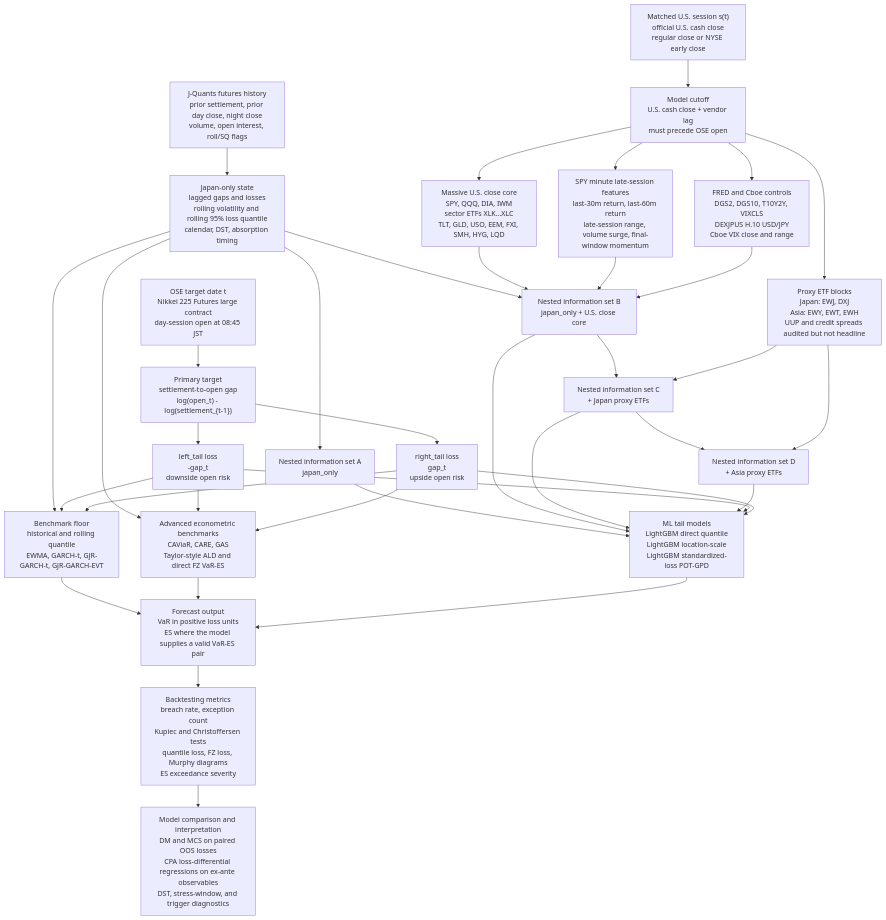
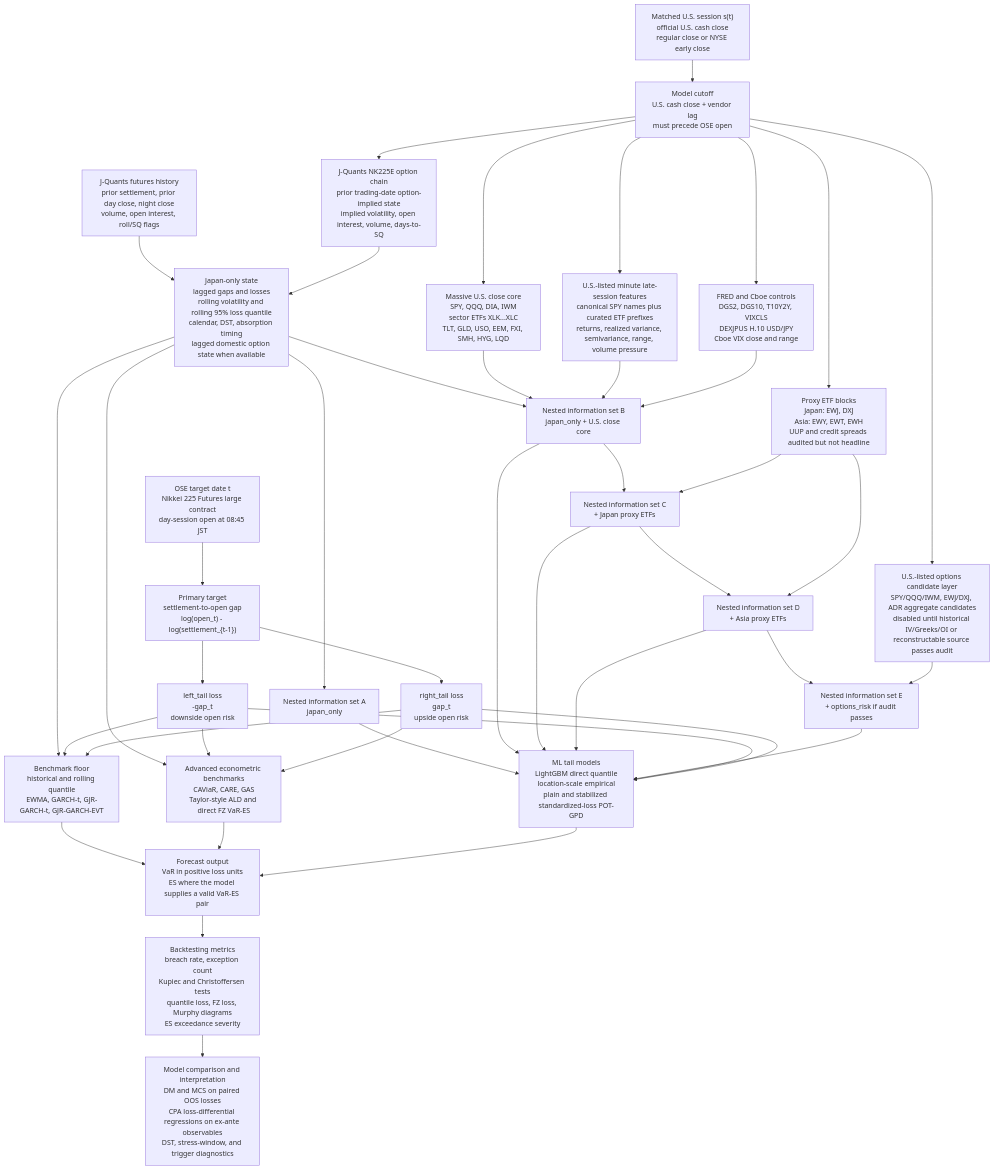
One commit to TY-Cheng/n225-open-gap-tail changed the diagram in docs/paper_plan.md. Above: the diagram before and after it, drawn with Mermaid. The commit also changed other lines of this file and 44 other files, not shown here.

````diff
--- a/docs/paper_plan.md
+++ b/docs/paper_plan.md
@@ -57,67 +57,76 @@
 ```mermaid
 flowchart TD
     T["OSE target date t<br/>Nikkei 225 Futures large contract<br/>day-session open at 08:45 JST"]
     C["Matched U.S. session s(t)<br/>official U.S. cash close<br/>regular close or NYSE early close"]
     Cutoff["Model cutoff<br/>U.S. cash close + vendor lag<br/>must precede OSE open"]
 
     JQ["J-Quants futures history<br/>prior settlement, prior day close, night close<br/>volume, open interest, roll/SQ flags"]
-    JP["Japan-only state<br/>lagged gaps and losses<br/>rolling volatility and rolling 95% loss quantile<br/>calendar, DST, absorption timing"]
+    JQOpt["J-Quants NK225E option chain<br/>prior trading-date option-implied state<br/>implied volatility, open interest, volume, days-to-SQ"]
+    JP["Japan-only state<br/>lagged gaps and losses<br/>rolling volatility and rolling 95% loss quantile<br/>calendar, DST, absorption timing<br/>lagged domestic option state when available"]
 
     MCore["Massive U.S. close core<br/>SPY, QQQ, DIA, IWM<br/>sector ETFs XLK...XLC<br/>TLT, GLD, USO, EEM, FXI, SMH, HYG, LQD"]
-    MSpy["SPY minute late-session features<br/>last-30m return, last-60m return<br/>late-session range, volume surge, final-window momentum"]
+    MSpy["U.S.-listed minute late-session features<br/>canonical SPY names plus curated ETF prefixes<br/>returns, realized variance, semivariance, range, volume pressure"]
     Fred["FRED and Cboe controls<br/>DGS2, DGS10, T10Y2Y, VIXCLS<br/>DEXJPUS H.10 USD/JPY<br/>Cboe VIX close and range"]
     Proxy["Proxy ETF blocks<br/>Japan: EWJ, DXJ<br/>Asia: EWY, EWT, EWH<br/>UUP and credit spreads audited but not headline"]
+    Options["U.S.-listed options candidate layer<br/>SPY/QQQ/IWM, EWJ/DXJ, ADR aggregate candidates<br/>disabled until historical IV/Greeks/OI or reconstructable source passes audit"]
 
     InfoA["Nested information set A<br/>japan_only"]
     InfoB["Nested information set B<br/>japan_only + U.S. close core"]
     InfoC["Nested information set C<br/>+ Japan proxy ETFs"]
     InfoD["Nested information set D<br/>+ Asia proxy ETFs"]
+    InfoE["Nested information set E<br/>+ options_risk if audit passes"]
 
     Target["Primary target<br/>settlement-to-open gap<br/>log(open_t) - log(settlement_{t-1})"]
     LossL["left_tail loss<br/>-gap_t<br/>downside open risk"]
     LossR["right_tail loss<br/>gap_t<br/>upside open risk"]
 
     Bench["Benchmark floor<br/>historical and rolling quantile<br/>EWMA, GARCH-t, GJR-GARCH-t, GJR-GARCH-EVT"]
     Adv["Advanced econometric benchmarks<br/>CAViaR, CARE, GAS<br/>Taylor-style ALD and direct FZ VaR-ES"]
-    ML["ML tail models<br/>LightGBM direct quantile<br/>LightGBM location-scale<br/>LightGBM standardized-loss POT-GPD"]
+    ML["ML tail models<br/>LightGBM direct quantile<br/>location-scale empirical<br/>plain and stabilized standardized-loss POT-GPD"]
 
     Forecast["Forecast output<br/>VaR in positive loss units<br/>ES where the model supplies a valid VaR-ES pair"]
     Metrics["Backtesting metrics<br/>breach rate, exception count<br/>Kupiec and Christoffersen tests<br/>quantile loss, FZ loss, Murphy diagrams<br/>ES exceedance severity"]
     Inference["Model comparison and interpretation<br/>DM and MCS on paired OOS losses<br/>CPA loss-differential regressions on ex-ante observables<br/>DST, stress-window, and trigger diagnostics"]
 
     C --> Cutoff
     T --> Target
     JQ --> JP
+    JQOpt --> JP
     Cutoff --> MCore
     Cutoff --> MSpy
     Cutoff --> Fred
     Cutoff --> Proxy
+    Cutoff --> JQOpt
+    Cutoff --> Options
     JP --> InfoA
     JP --> InfoB
     MCore --> InfoB
     MSpy --> InfoB
     Fred --> InfoB
     InfoB --> InfoC
     Proxy --> InfoC
     InfoC --> InfoD
     Proxy --> InfoD
+    InfoD --> InfoE
+    Options --> InfoE
     Target --> LossL
     Target --> LossR
     InfoA --> ML
     InfoB --> ML
     InfoC --> ML
     InfoD --> ML
+    InfoE --> ML
     JP --> Bench
     JP --> Adv
     LossL --> Bench
     LossL --> Adv
     LossL --> ML
     LossR --> Bench
     LossR --> Adv
     LossR --> ML
     Bench --> Forecast
     Adv --> Forecast
     ML --> Forecast
     Forecast --> Metrics
     Metrics --> Inference
 ```
````
